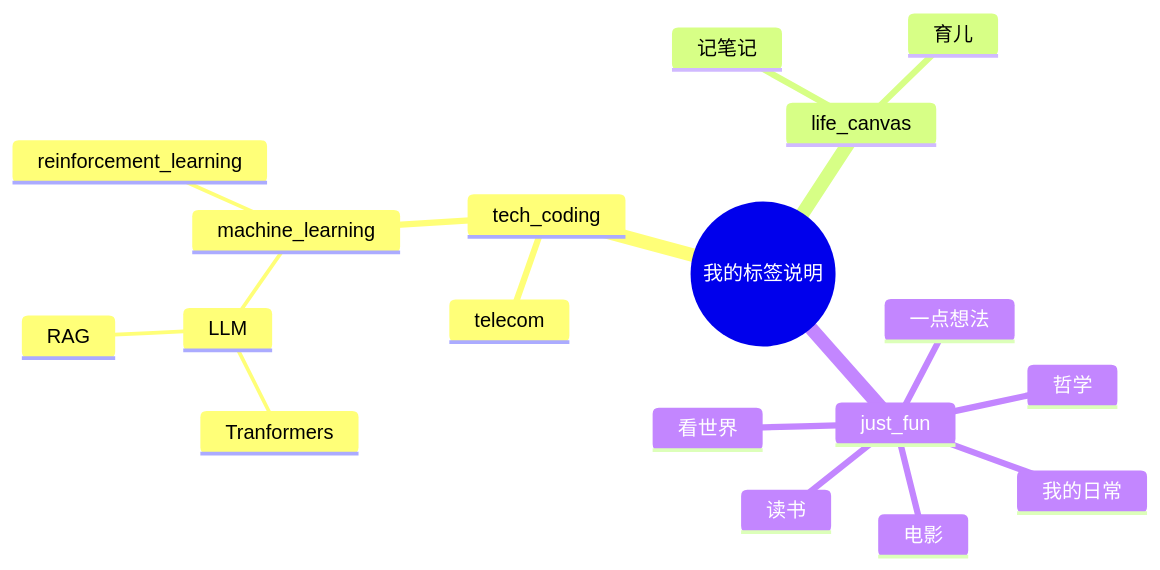
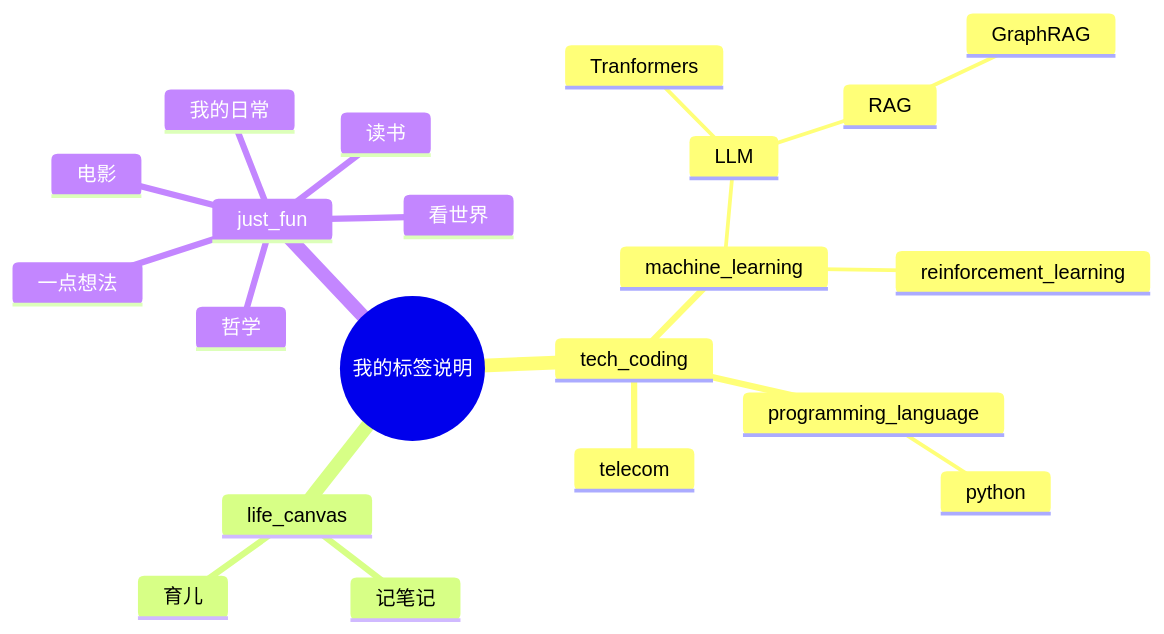
Before and after one commit to jovialchen/taomu: the diagram in tags.md, drawn with Mermaid. The commit also changed 5 other files, not shown here.

```diff
--- a/tags.md
+++ b/tags.md
@@ -16,21 +16,24 @@
 <pre class="mermaid">
 mindmap
   root((我的标签说明))
     tech_coding
       telecom
       machine_learning
         LLM
           Tranformers
           RAG
+            GraphRAG
         reinforcement_learning
+      programming_language
+        python
     life_canvas
       记笔记
       育儿
     just_fun
       读书
       电影
       哲学
       看世界
       我的日常
       一点想法
 </pre>
```
